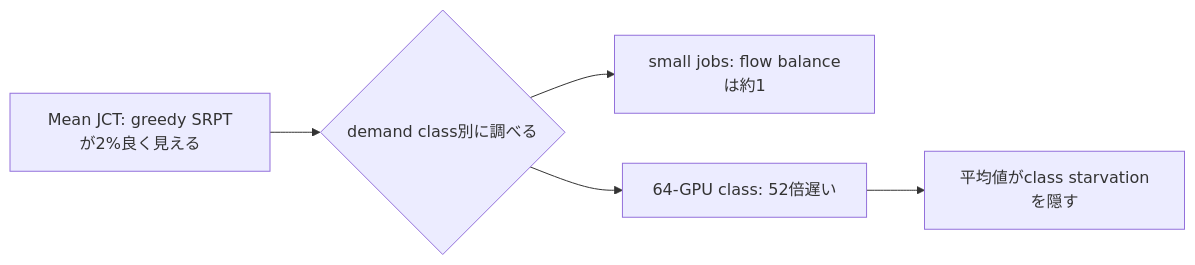
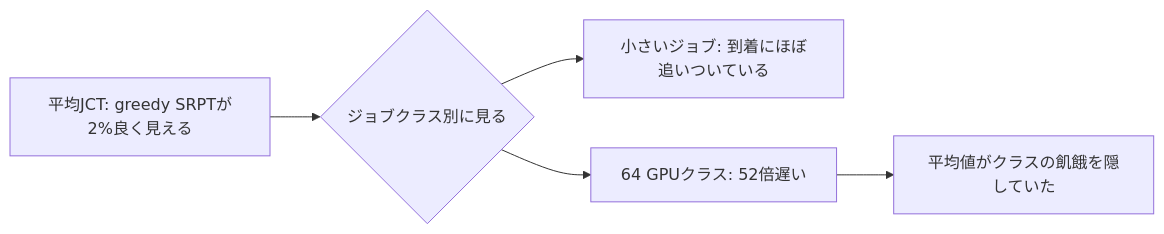
Before and after one commit to kbmt327-dev/scientific-os-research: the diagram in content/ja/research/gpu-scheduling-phase-diagram/index.md, drawn with Mermaid. The commit also changed other lines of this file and 45 other files, not shown here.

````diff
--- a/content/ja/research/gpu-scheduling-phase-diagram/index.md
+++ b/content/ja/research/gpu-scheduling-phase-diagram/index.md
@@ -43,7 +47,7 @@
 ```mermaid
 flowchart LR
-  A[Mean JCT: greedy SRPTが2%良く見える] --> B{demand class別に調べる}
-  B --> C[small jobs: flow balanceは約1]
-  B --> D[64-GPU class: 52倍遅い]
-  D --> E[平均値がclass starvationを隠す]
+  A[平均JCT: greedy SRPTが2%良く見える] --> B{ジョブクラス別に見る}
+  B --> C[小さいジョブ: 到着にほぼ追いついている]
+  B --> D[64 GPUクラス: 52倍遅い]
+  D --> E[平均値がクラスの飢餓を隠していた]
 ```
````
